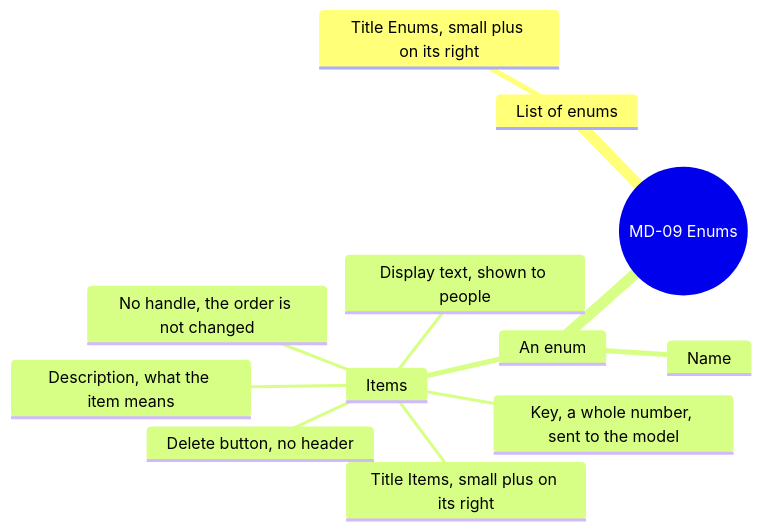
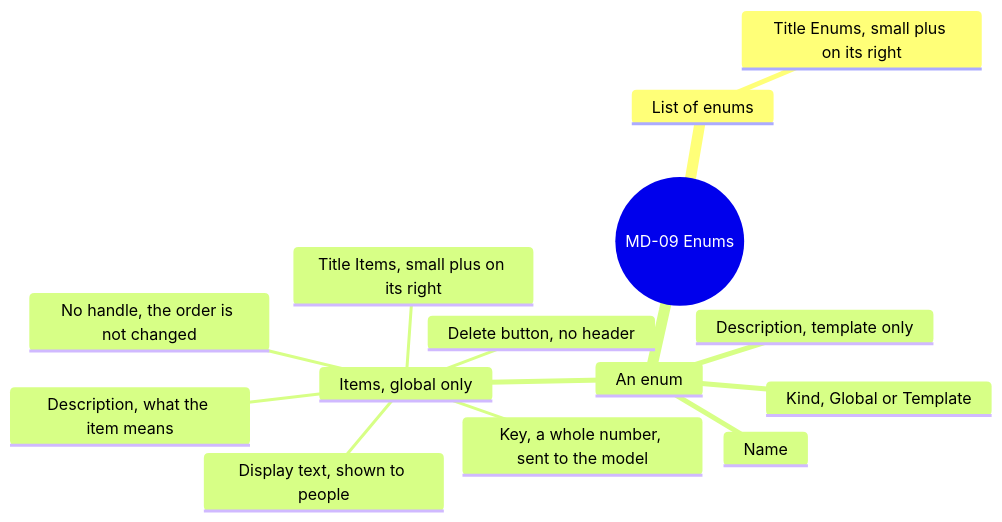
Diagram 15 of 16 in screens/metadata.md (AlexandreGallais/synoptic-studio-spec), drawn with Mermaid before and after one commit. The commit also changed other lines of this file and 5 other files, not shown here.

````diff
--- a/screens/metadata.md
+++ b/screens/metadata.md
@@ -496,15 +496,17 @@
 ```mermaid
 mindmap
   root((MD-09 Enums))
     List of enums
       Title Enums, small plus on its right
     An enum
       Name
-      Items
+      Kind, Global or Template
+      Description, template only
+      Items, global only
         Title Items, small plus on its right
         Key, a whole number, sent to the model
         Display text, shown to people
         Description, what the item means
         Delete button, no header
         No handle, the order is not changed
 ```
````
